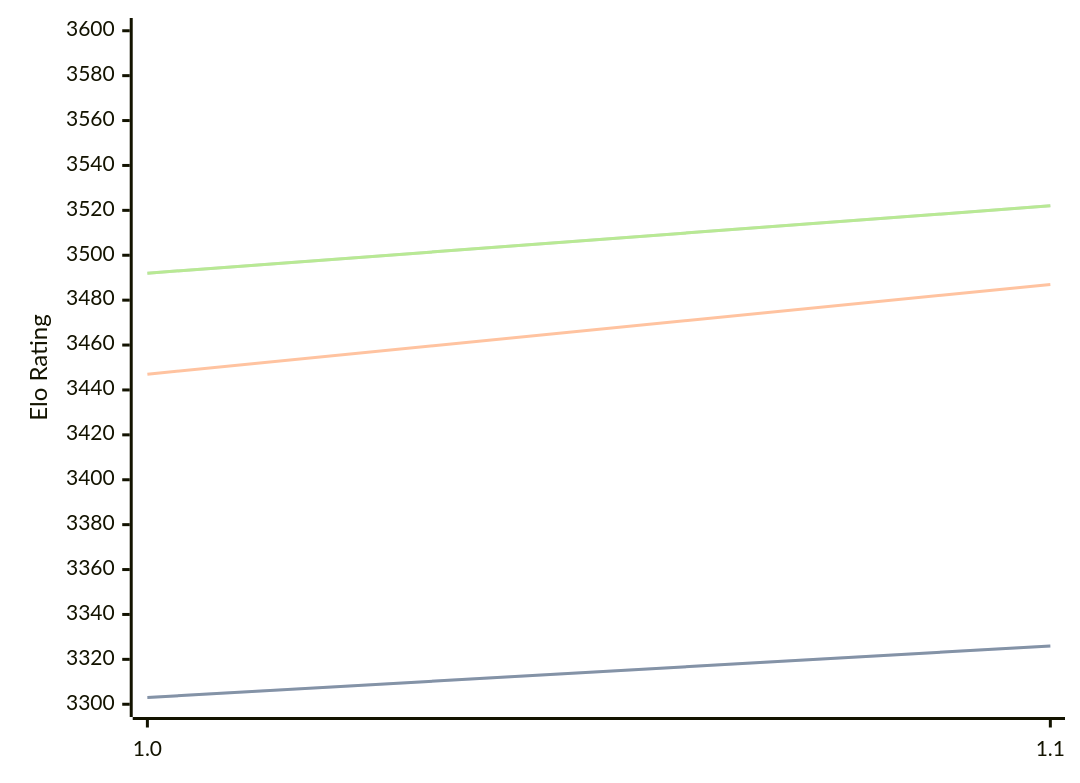
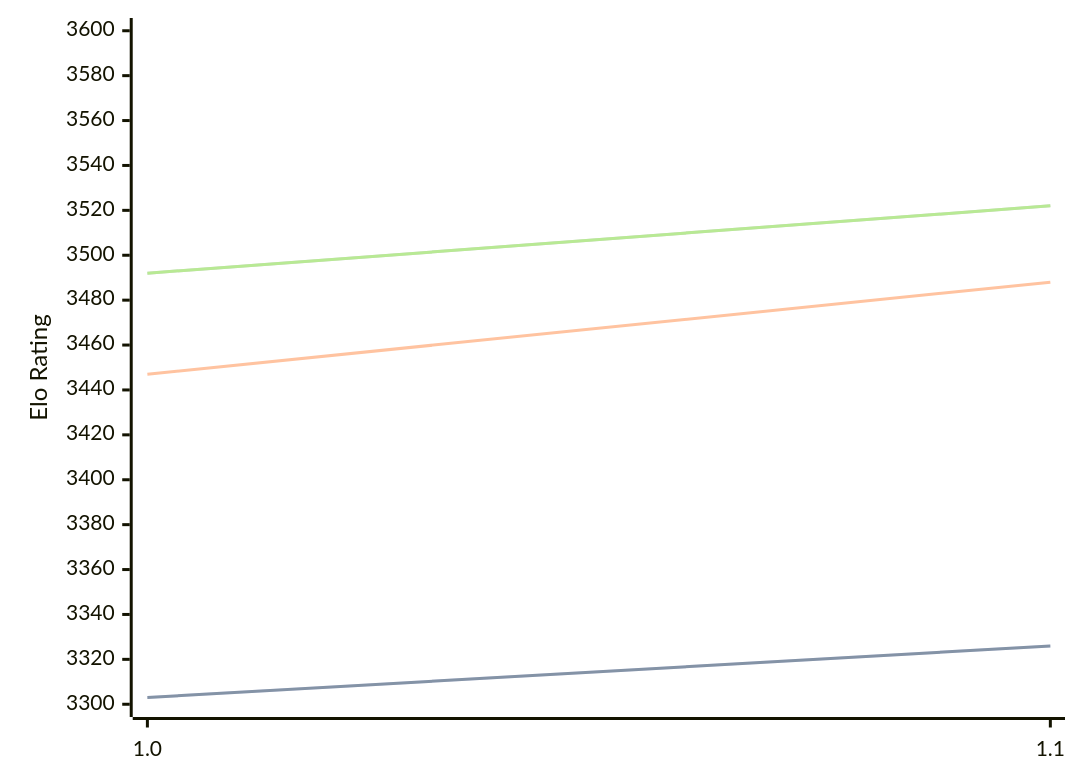
Before and after one commit to computer-chess-index/cci: the first of 3 diagrams in engines/Icarus.md, drawn with Mermaid. The commit also changed other lines of this file, not shown here.

````diff
--- a/engines/Icarus.md
+++ b/engines/Icarus.md
@@ -32,11 +32,11 @@
 ```mermaid
 %%{init: {"theme":"base","themeVariables":{"seriesColors:['#a3a3a3','#222221','#faa371']}}}%%
 xychart-beta
   x-axis ["1.0", "1.1"]
   y-axis "Elo Rating" 3300 --> 3600
   line "STC (8.0+0.08s)" [3303, 3326]
   line "STC (8.0+0.08s)" [3303, 3326]
-  line "LTC (60.0+0.60s)" [3447, 3487]
+  line "LTC (60.0+0.60s)" [3447, 3488]
   line "VLTC (2m24s+1.12s)" [3492, 3522]
   line "VLTC (2m24s+1.12s)" [3492, 3522]
 ```
````
